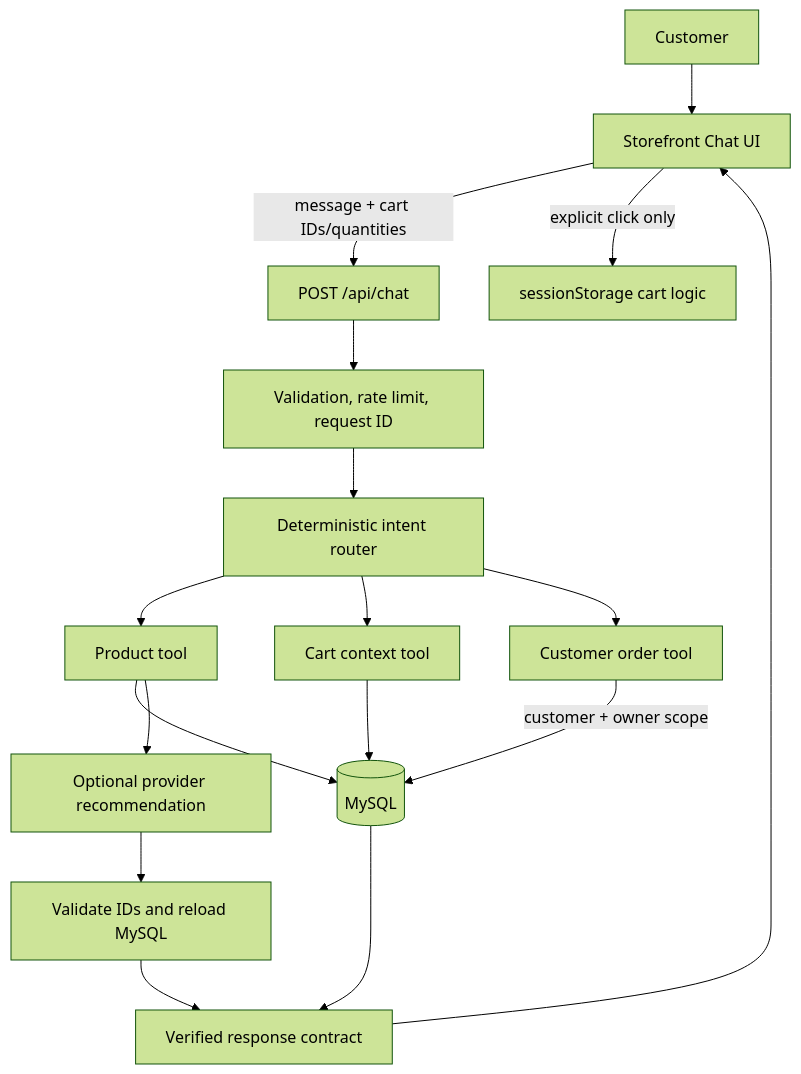
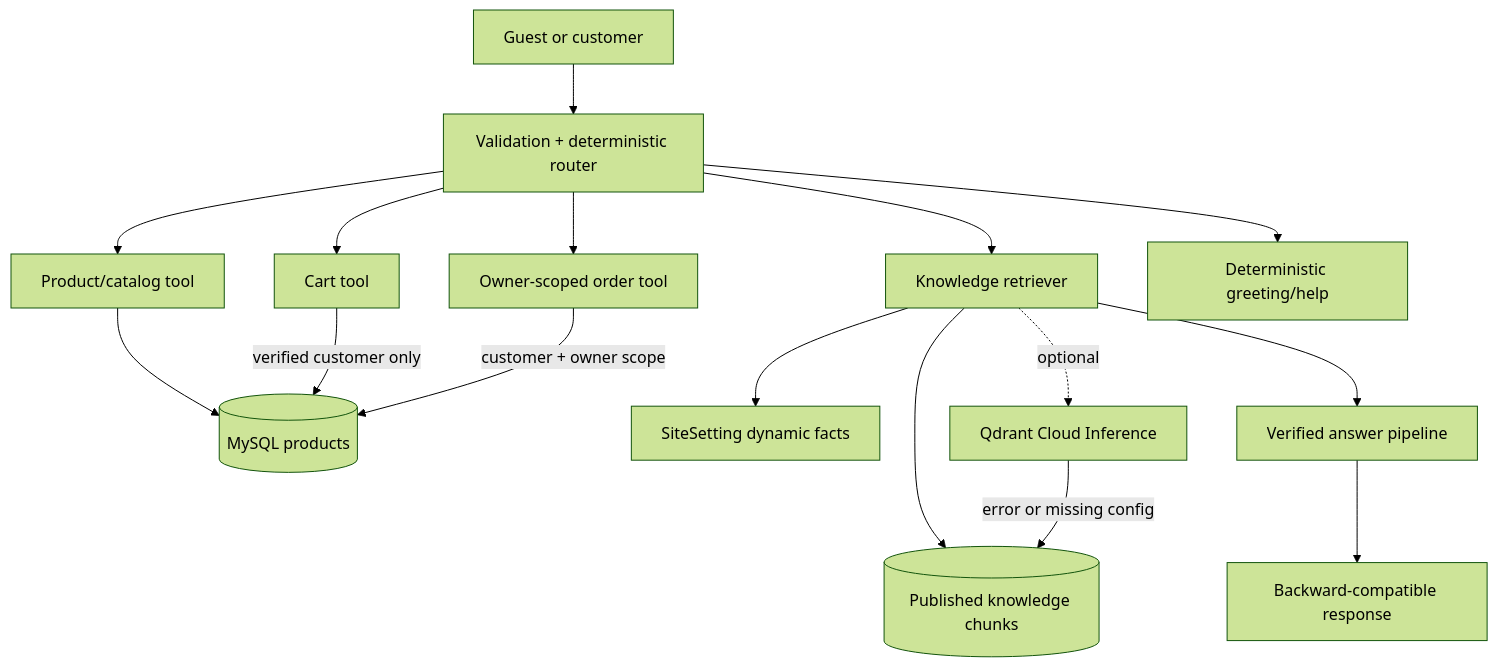
The diagram in docs/chat-architecture.md (khanhlinhcode/BE_Farta-Market-), drawn with Mermaid (forest theme) before and after one commit. The commit also changed other lines of this file and 29 other files, not shown here.

Commit message:
feat(chat): add verified Qdrant knowledge retrieval

````diff
--- a/docs/chat-architecture.md
+++ b/docs/chat-architecture.md
@@ -10,19 +10,18 @@
 ```mermaid
 flowchart TD
-    U[Customer] --> UI[Storefront Chat UI]
-    UI -->|message + cart IDs/quantities| API[POST /api/chat]
-    API --> V[Validation, rate limit, request ID]
-    V --> R[Deterministic intent router]
-    R --> P[Product tool]
-    R --> C[Cart context tool]
-    R --> O[Customer order tool]
-    P --> DB[(MySQL)]
-    C --> DB
+    U[Guest or customer] --> API[Validation + deterministic router]
+    API --> P[Product/catalog tool]
+    API --> C[Cart tool]
+    API --> O[Owner-scoped order tool]
+    API --> K[Knowledge retriever]
+    API --> G[Deterministic greeting/help]
+    P --> DB[(MySQL products)]
+    C -->|verified customer only| DB
     O -->|customer + owner scope| DB
-    P --> L[Optional provider recommendation]
-    L --> X[Validate IDs and reload MySQL]
-    DB --> OUT[Verified response contract]
-    X --> OUT
-    OUT --> UI
-    UI -->|explicit click only| CART[sessionStorage cart logic]
+    K --> S[SiteSetting dynamic facts]
+    K --> D[(Published knowledge chunks)]
+    K -. optional .-> V[Qdrant Cloud Inference]
+    V -->|error or missing config| D
+    K --> A[Verified answer pipeline]
+    A --> OUT[Backward-compatible response]
 ```
````
